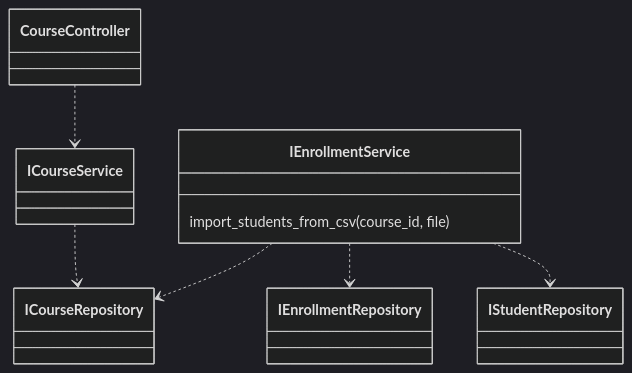
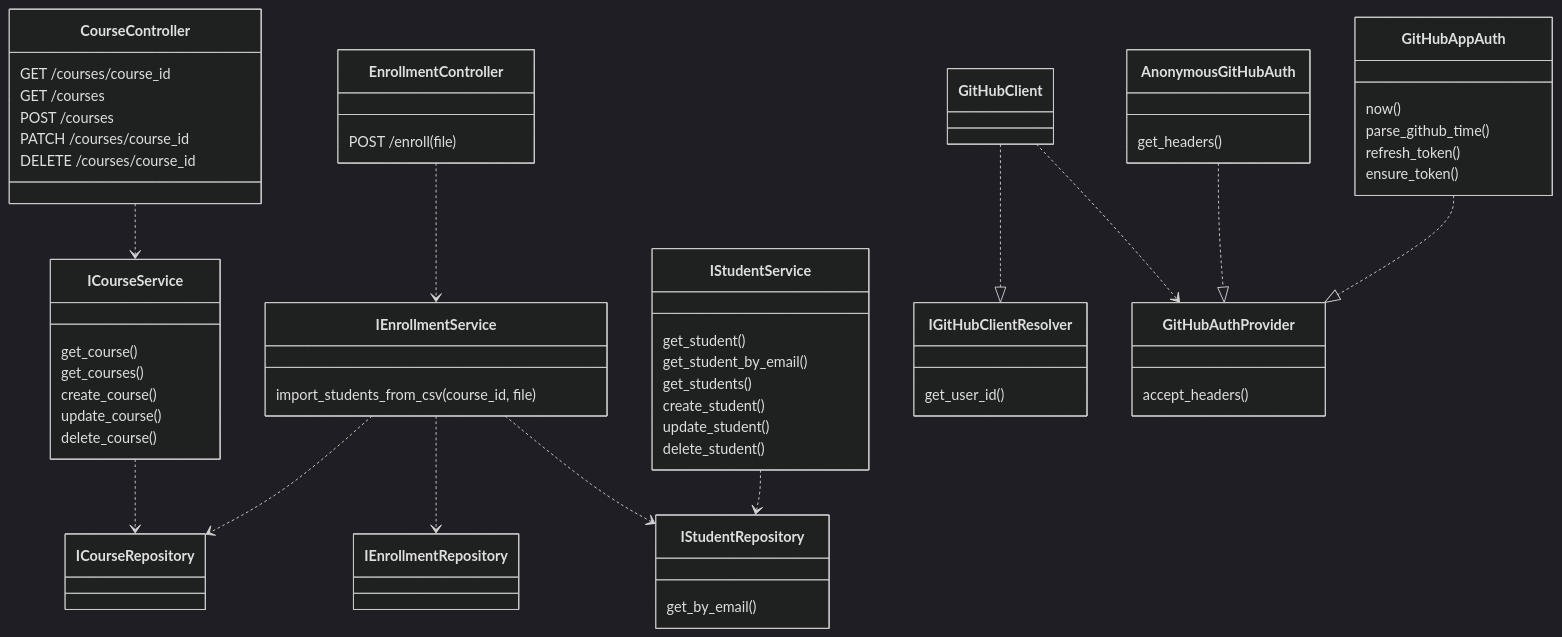
One commit to LeoKle/cs50-moodle-bridge changed the diagram in docs/application.mmd. Above: the diagram before and after it, drawn with Mermaid (dark theme).

Commit message:
docs: update to reflect current application state

```diff
--- a/docs/application.mmd
+++ b/docs/application.mmd
@@ -1,25 +1,101 @@
 classDiagram
-    class CourseController
-    class ICourseService 
-    class ICourseRepository
+    class CourseController {
+        GET /courses/course_id
+        GET /courses
+        POST /courses
+        PATCH /courses/course_id
+        DELETE /courses/course_id
+    }
+    class ICourseService {
+        get_course()
+        get_courses()
+        create_course()
+        update_course()
+        delete_course()
+    }
+    class ICourseRepository {
+        %% create()
+        %% get()
+        %% get_all()
+        %% update()
+        %% delete()
+    }
     CourseController ..> ICourseService
     ICourseService ..> ICourseRepository
 
     
-    %% class EnrollmentController
-    %% EnrollmentController ..> IEnrollmentService
+    class EnrollmentController {
+        POST /enroll(file)
+    }
+    EnrollmentController ..> IEnrollmentService
     class IEnrollmentService {
         import_students_from_csv(course_id, file)
     }
-    class IEnrollmentRepository
+    class IEnrollmentRepository {
+        %% create()
+        %% get()
+        %% get_all()
+        %% update()
+        %% delete()
+    }
     IEnrollmentService ..> IEnrollmentRepository
     IEnrollmentService ..> IStudentRepository
     IEnrollmentService ..> ICourseRepository
 
     %% class StudentController
-    %% class IStudentService {
-    %%     import_github_usernames(file)
+    %% StudentController ..> IStudentService
+    class IStudentService {
+        get_student()
+        get_student_by_email()
+        get_students()
+        create_student()
+        update_student()
+        delete_student()
+    }
+    class IStudentRepository {
+        %% create()
+        %% get()
+        get_by_email()
+        %% get_all()
+        %% update()
+        %% delete()
+    }
+    IStudentService ..> IStudentRepository
+
+    class IGitHubClientResolver {
+        get_user_id()
+    }
+
+    class GitHubClient {
+        %% get_user_id()
+    }
+    GitHubClient ..|> IGitHubClientResolver
+    GitHubClient ..> GitHubAuthProvider
+
+    class GitHubAuthProvider {
+        accept_headers()
+        %% get_headers()
+    }
+    class AnonymousGitHubAuth {
+        get_headers()
+    }
+    AnonymousGitHubAuth ..|> GitHubAuthProvider
+    class GitHubAppAuth {
+        now()
+        parse_github_time()
+        refresh_token()
+        ensure_token()
+        %% get_headers()
+    }
+    GitHubAppAuth ..|> GitHubAuthProvider
+
+    %% class IRepository {
+    %%     create()
+    %%     get()
+    %%     get_all()
+    %%     update()
+    %%     delete()
     %% }
-    %% class IStudentRepository
-    %% IStudentService ..> IStudentRepository
-    %% StudentController ..> IStudentService
+    %% IRepository <|.. ICourseRepository
+    %% IRepository <|.. IEnrollmentRepository
+    %% IRepository <|.. IStudentRepository
```
